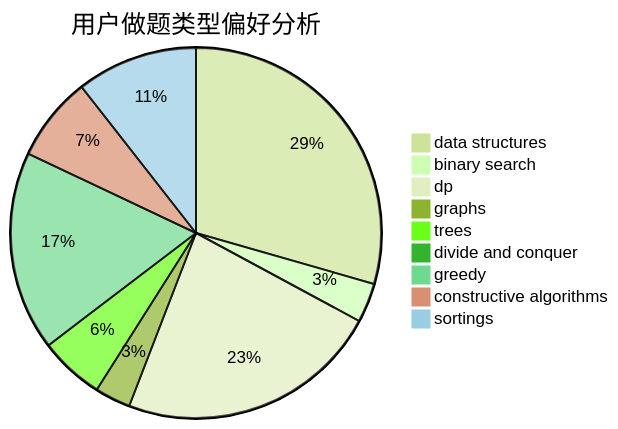
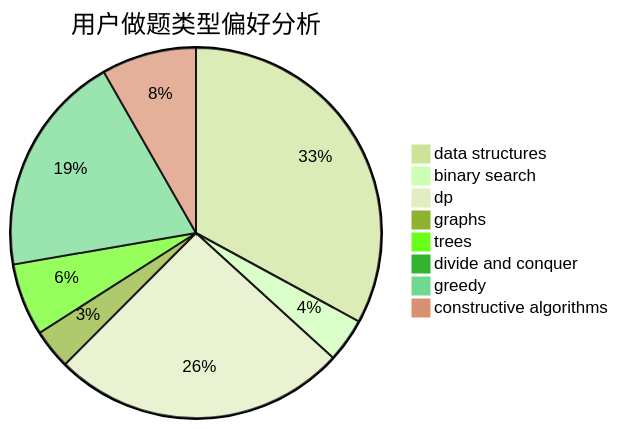
Before and after one commit to sherpahu/cfrs.github.io: the second of 3 diagrams in docs/user/u11.md, drawn with Mermaid (forest theme). The commit also changed other lines of this file and 2769 other files, not shown here.

````diff
--- a/docs/user/u11.md
+++ b/docs/user/u11.md
@@ -18,12 +18,11 @@
 ```mermaid
 pie title 用户做题类型偏好分析
     "data structures" :  557
     "binary search" :  65
     "dp" :  435
     "graphs" :  59
     "trees" :  107
     "divide and conquer" :  4
     "greedy" :  329
     "constructive algorithms" :  140
-    "sortings" :  200
 ```
````
